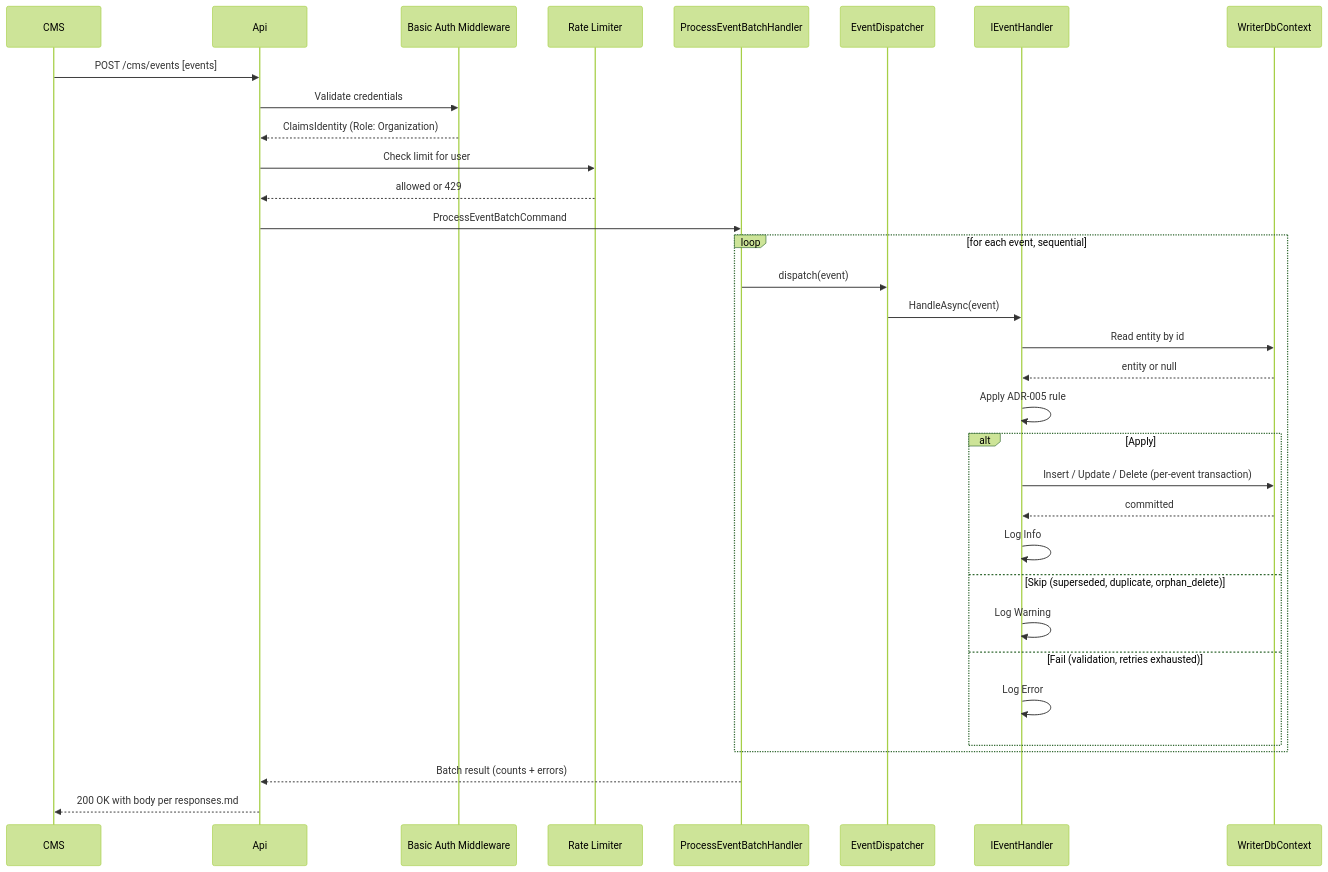
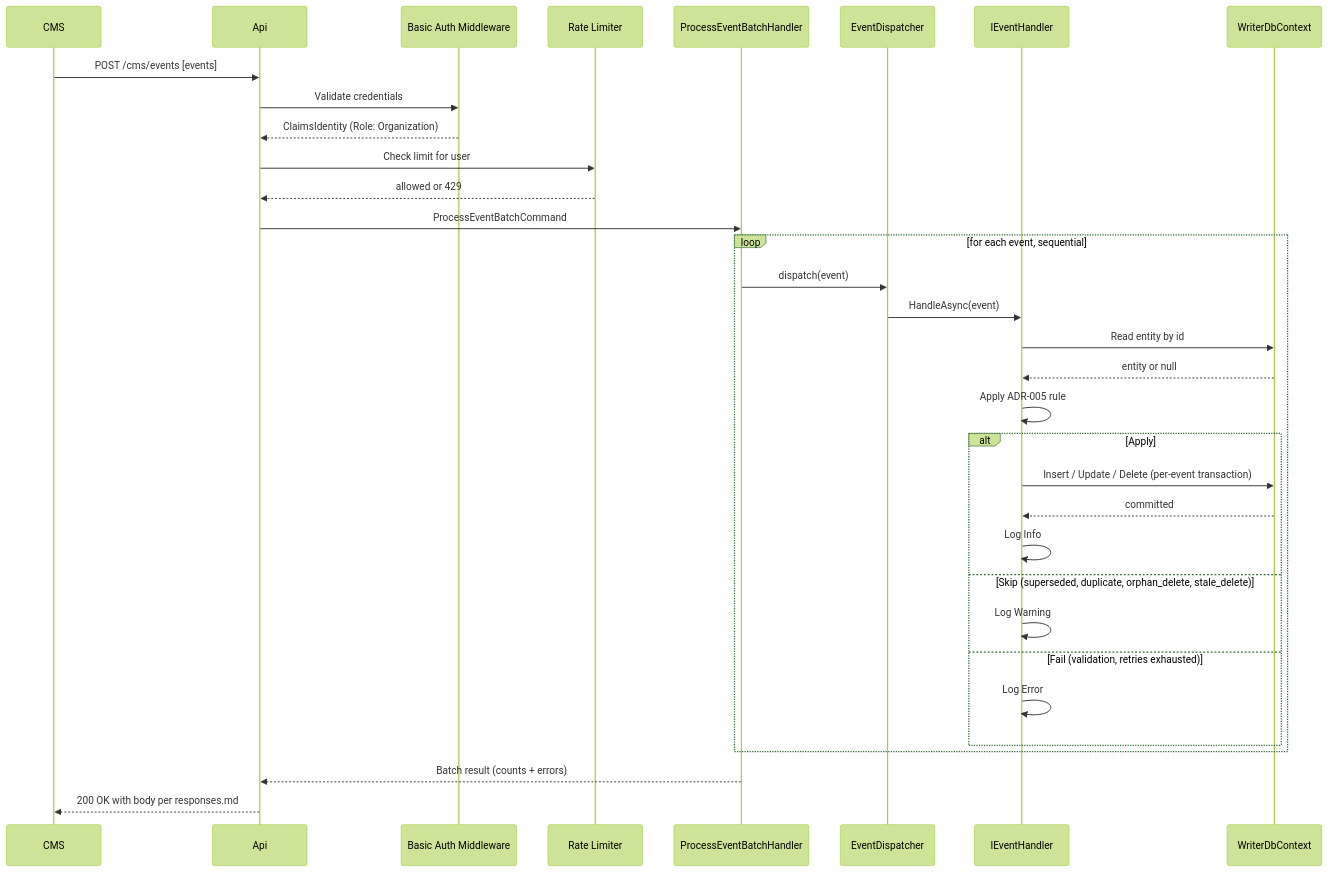
The second of 4 diagrams in docs/architecture.md (dlastorta/CmsEvents), drawn with Mermaid (forest theme) before and after one commit. The commit also changed other lines of this file and 5 other files, not shown here.

````diff
--- a/docs/architecture.md
+++ b/docs/architecture.md
@@ -157,36 +157,36 @@
 ```mermaid
 sequenceDiagram
     participant CMS
     participant Api
     participant Auth as Basic Auth Middleware
     participant Rate as Rate Limiter
     participant Handler as ProcessEventBatchHandler
     participant Dispatch as EventDispatcher
     participant EvtHandler as IEventHandler
     participant Writer as WriterDbContext
 
     CMS->>Api: POST /cms/events [events]
     Api->>Auth: Validate credentials
     Auth-->>Api: ClaimsIdentity (Role: Organization)
     Api->>Rate: Check limit for user
     Rate-->>Api: allowed or 429
     Api->>Handler: ProcessEventBatchCommand
     loop for each event, sequential
         Handler->>Dispatch: dispatch(event)
         Dispatch->>EvtHandler: HandleAsync(event)
         EvtHandler->>Writer: Read entity by id
         Writer-->>EvtHandler: entity or null
         EvtHandler->>EvtHandler: Apply ADR-005 rule
         alt Apply
             EvtHandler->>Writer: Insert / Update / Delete (per-event transaction)
             Writer-->>EvtHandler: committed
             EvtHandler->>EvtHandler: Log Info
-        else Skip (superseded, duplicate, orphan_delete)
+        else Skip (superseded, duplicate, orphan_delete, stale_delete)
             EvtHandler->>EvtHandler: Log Warning
         else Fail (validation, retries exhausted)
             EvtHandler->>EvtHandler: Log Error
         end
     end
     Handler-->>Api: Batch result (counts + errors)
     Api-->>CMS: 200 OK with body per responses.md
 ```
````
